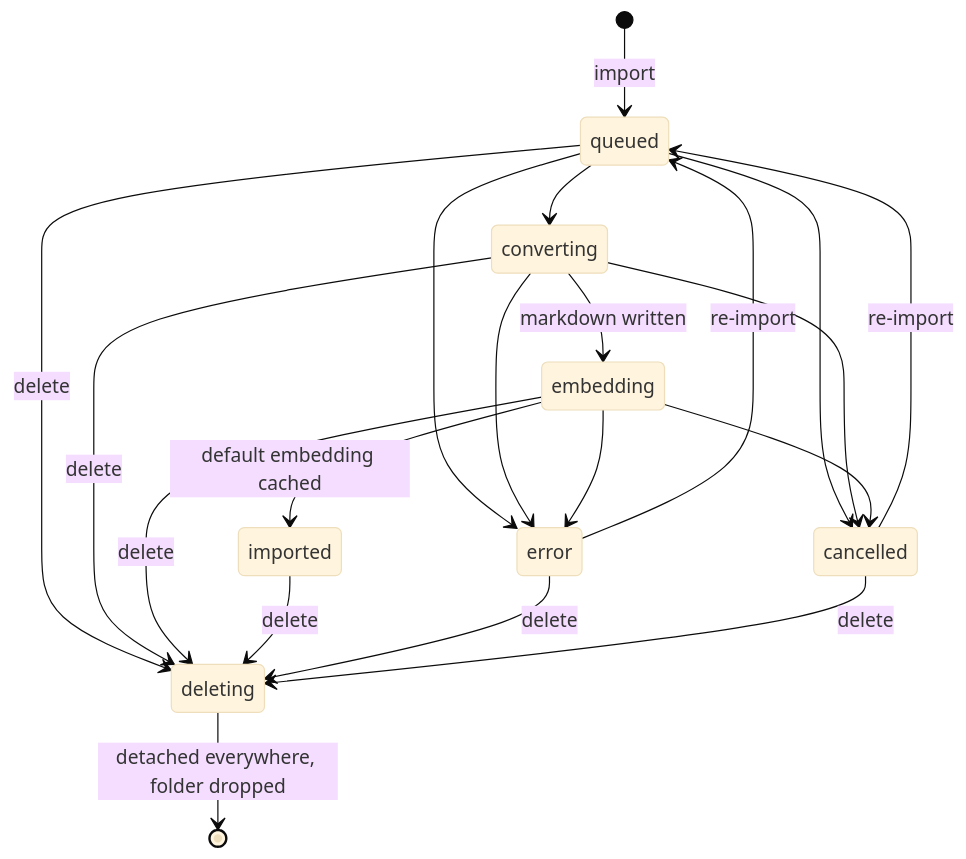
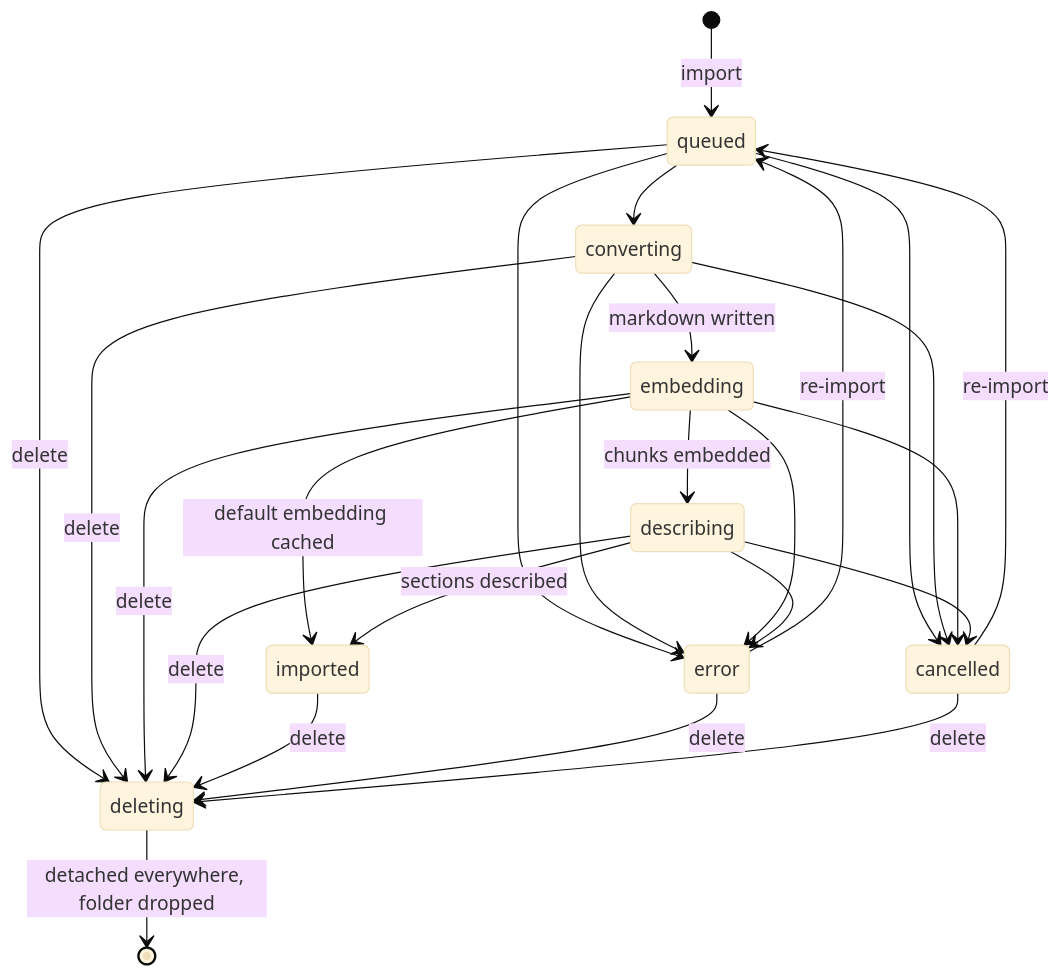
One commit to haskian/haskie changed the second of 4 diagrams in docs/documents-and-collections.md. Above: the diagram before and after it, drawn with Mermaid (base theme). The commit also changed 21 other files, not shown here.

````diff
--- a/docs/documents-and-collections.md
+++ b/docs/documents-and-collections.md
@@ -59,22 +59,27 @@
 ```mermaid
 stateDiagram-v2
     [*] --> queued: import
     queued --> converting
     converting --> embedding: markdown written
+    embedding --> describing: chunks embedded
     embedding --> imported: default embedding cached
+    describing --> imported: sections described
     queued --> error
     converting --> error
     embedding --> error
+    describing --> error
     queued --> cancelled
     converting --> cancelled
     embedding --> cancelled
+    describing --> cancelled
     error --> queued: re-import
     cancelled --> queued: re-import
     queued --> deleting: delete
     converting --> deleting: delete
     embedding --> deleting: delete
+    describing --> deleting: delete
     imported --> deleting: delete
     error --> deleting: delete
     cancelled --> deleting: delete
     deleting --> [*]: detached everywhere, folder dropped
 ```
````
